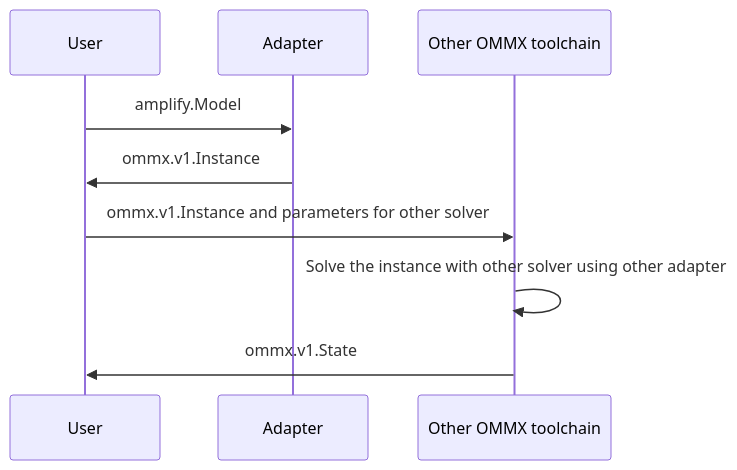
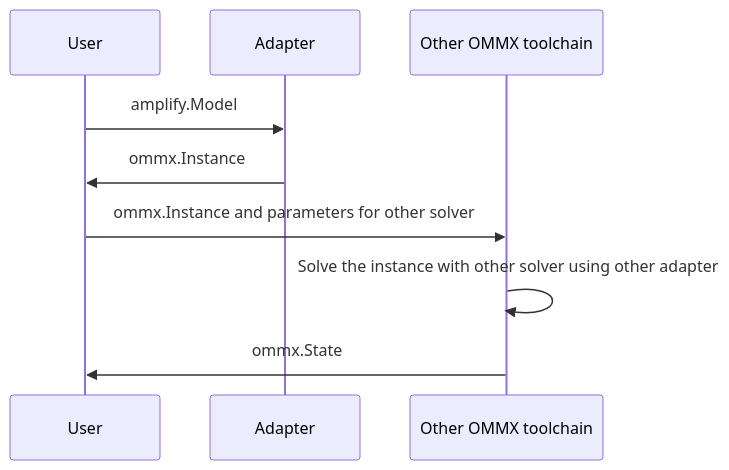
The second of 2 diagrams in README.md (Jij-Inc/ommx-fixstars-amplify-adapter), drawn with Mermaid before and after one commit. The commit also changed other lines of this file and 6 other files, not shown here.

````diff
--- a/README.md
+++ b/README.md
@@ -60,11 +60,11 @@
 ```mermaid
 sequenceDiagram
     participant U as User
     participant A as Adapter
     participant O as Other OMMX toolchain
     U->>A: amplify.Model
-    A->>U: ommx.v1.Instance
-    U->>O: ommx.v1.Instance and parameters for other solver
+    A->>U: ommx.Instance
+    U->>O: ommx.Instance and parameters for other solver
     O->>O: Solve the instance with other solver using other adapter
-    O->>U: ommx.v1.State
+    O->>U: ommx.State
 ```
````
